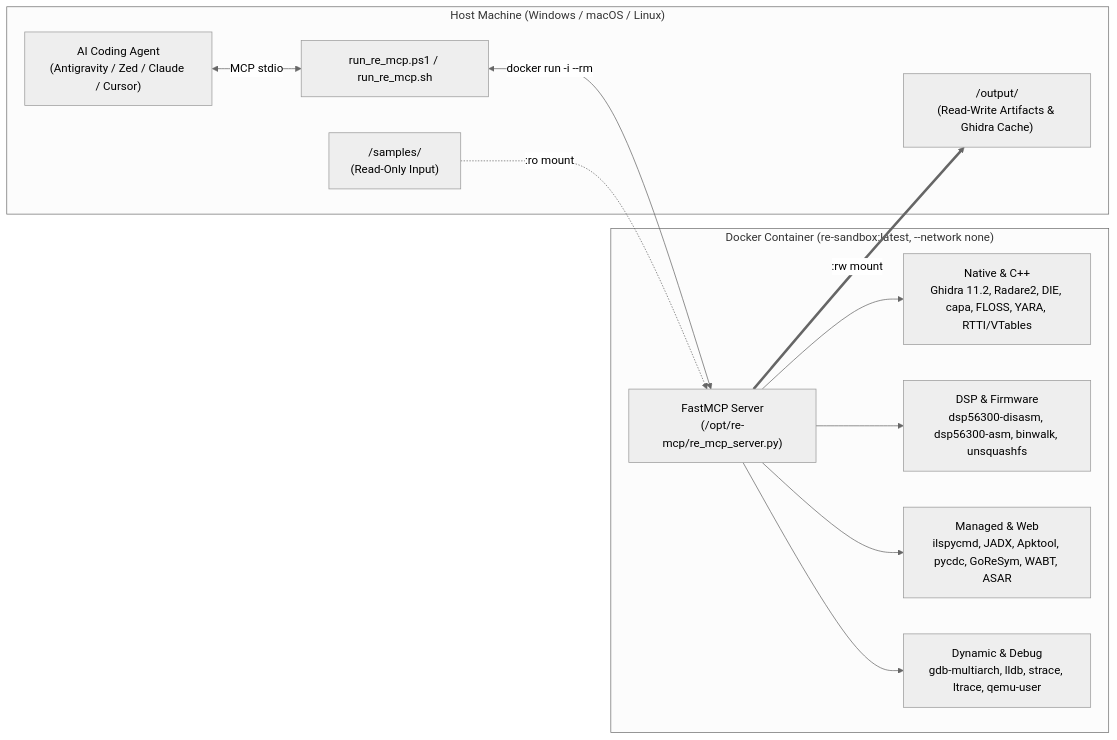
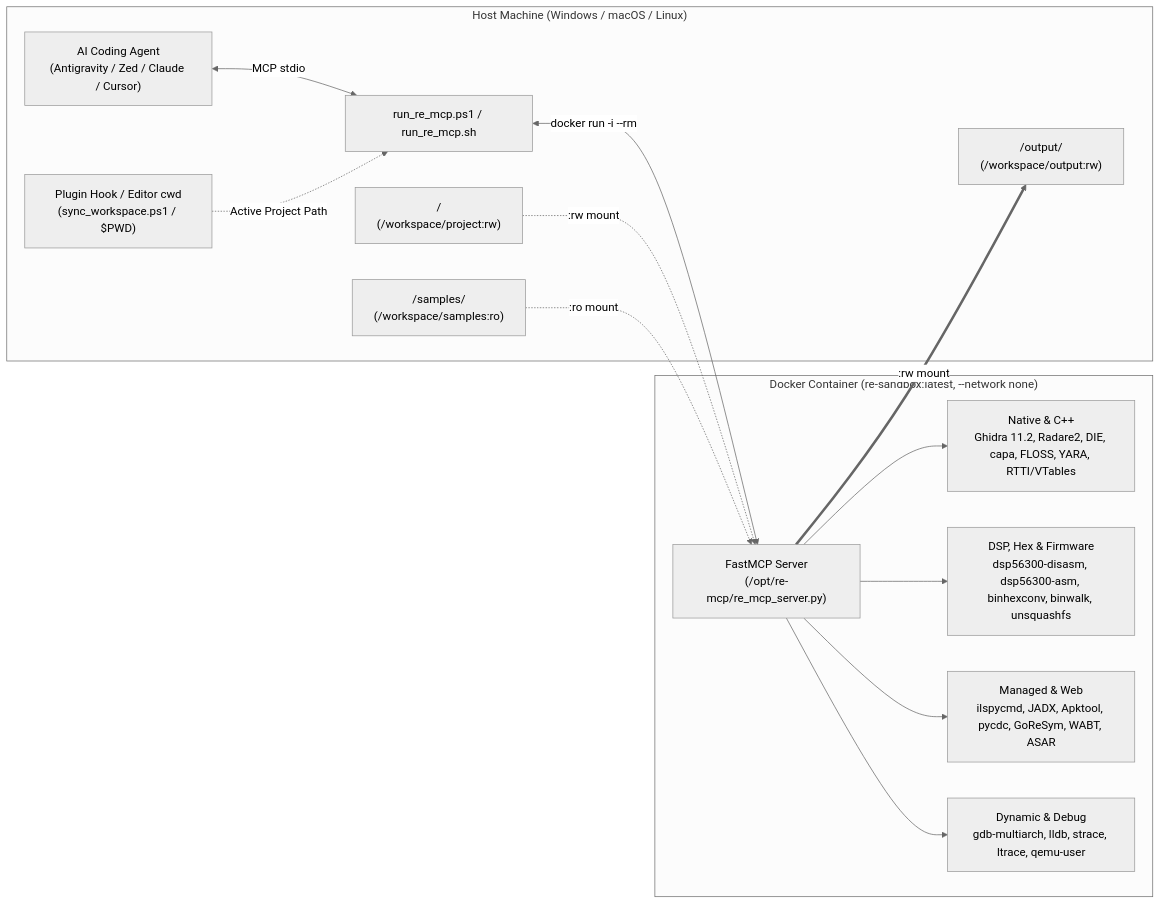
The diagram in README.md (mat-ocl/redo), drawn with Mermaid (neutral theme) before and after one commit. The commit also changed other lines of this file and 8 other files, not shown here.

````diff
--- a/README.md
+++ b/README.md
@@ -23,26 +23,30 @@
 ```mermaid
 flowchart LR
     subgraph Host["Host Machine (Windows / macOS / Linux)"]
         Agent["AI Coding Agent\n(Antigravity / Zed / Claude / Cursor)"]
+        Hook["Plugin Hook / Editor cwd\n(sync_workspace.ps1 / $PWD)"]
         Launcher["run_re_mcp.ps1 / run_re_mcp.sh"]
-        Samples["<project>/samples/\n(Read-Only Input)"]
-        Output["<project>/output/\n(Read-Write Artifacts & Ghidra Cache)"]
+        Project["<ActiveProject>/\n(/workspace/project:rw)"]
+        Samples["<ActiveProject>/samples/\n(/workspace/samples:ro)"]
+        Output["<ActiveProject>/output/\n(/workspace/output:rw)"]
     end
 
     subgraph Container["Docker Container (re-sandbox:latest, --network none)"]
         MCP["FastMCP Server\n(/opt/re-mcp/re_mcp_server.py)"]
         Native["Native & C++\nGhidra 11.2, Radare2, DIE, capa, FLOSS, YARA, RTTI/VTables"]
-        DSP["DSP & Firmware\ndsp56300-disasm, dsp56300-asm, binwalk, unsquashfs"]
+        DSP["DSP, Hex & Firmware\ndsp56300-disasm, dsp56300-asm, binhexconv, binwalk, unsquashfs"]
         Managed["Managed & Web\nilspycmd, JADX, Apktool, pycdc, GoReSym, WABT, ASAR"]
         Dynamic["Dynamic & Debug\ngdb-multiarch, lldb, strace, ltrace, qemu-user"]
     end
 
     Agent <-->|"MCP stdio"| Launcher
+    Hook -.->|"Active Project Path"| Launcher
     Launcher <-->|"docker run -i --rm"| MCP
+    Project -.->|":rw mount"| MCP
     Samples -.->|":ro mount"| MCP
     MCP ==>|":rw mount"| Output
     MCP --> Native
     MCP --> DSP
     MCP --> Managed
     MCP --> Dynamic
 ```
````
